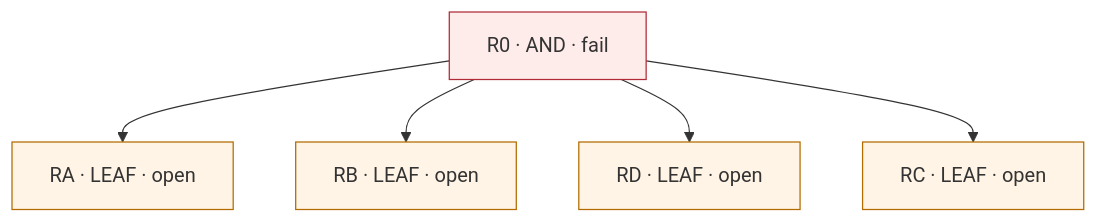
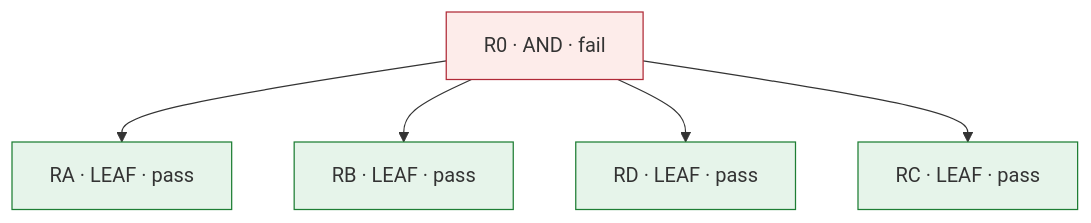
Before and after one commit to superluminal-jp/my-claude-code: the diagram in specs/069-assurance-review-cost/review-card.md, drawn with Mermaid. The commit also changed other lines of this file and 2 other files, not shown here.

````diff
--- a/specs/069-assurance-review-cost/review-card.md
+++ b/specs/069-assurance-review-cost/review-card.md
@@ -52,15 +42,15 @@
 ```mermaid
 flowchart TD
   n0["R0 · AND · fail"]:::fail
-  n1["RA · LEAF · open"]:::open
-  n2["RB · LEAF · open"]:::open
-  n3["RD · LEAF · open"]:::open
-  n4["RC · LEAF · open"]:::open
+  n1["RA · LEAF · pass"]:::pass
+  n2["RB · LEAF · pass"]:::pass
+  n3["RD · LEAF · pass"]:::pass
+  n4["RC · LEAF · pass"]:::pass
   n0 --> n1
   n0 --> n2
   n0 --> n3
   n0 --> n4
   classDef pass fill:#e6f4ea,stroke:#1e7e34
   classDef fail fill:#fdecea,stroke:#b02a37
   classDef open fill:#fff4e5,stroke:#b36b00
 ```
````
